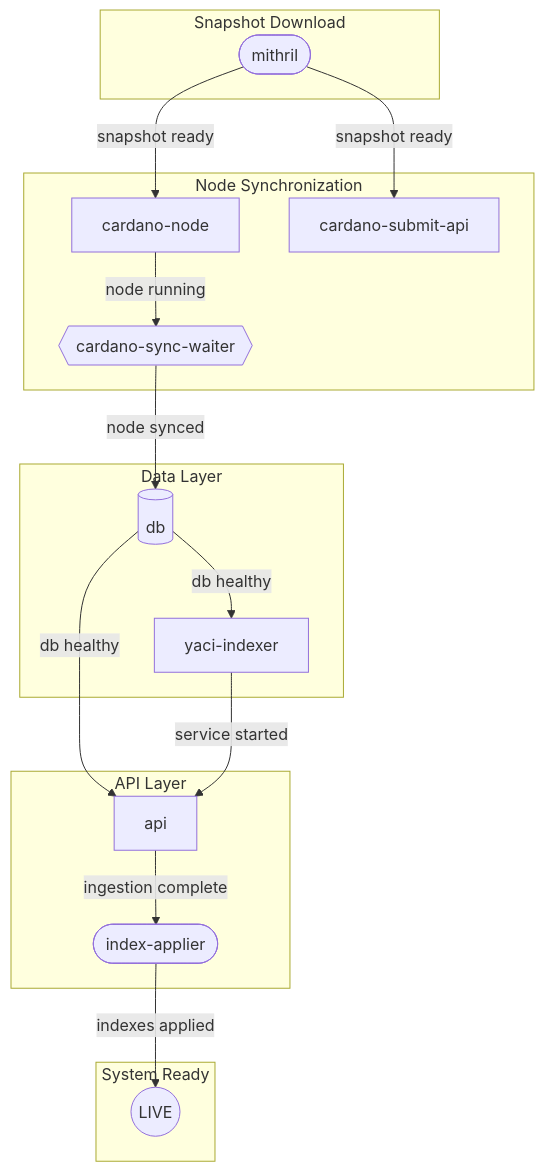
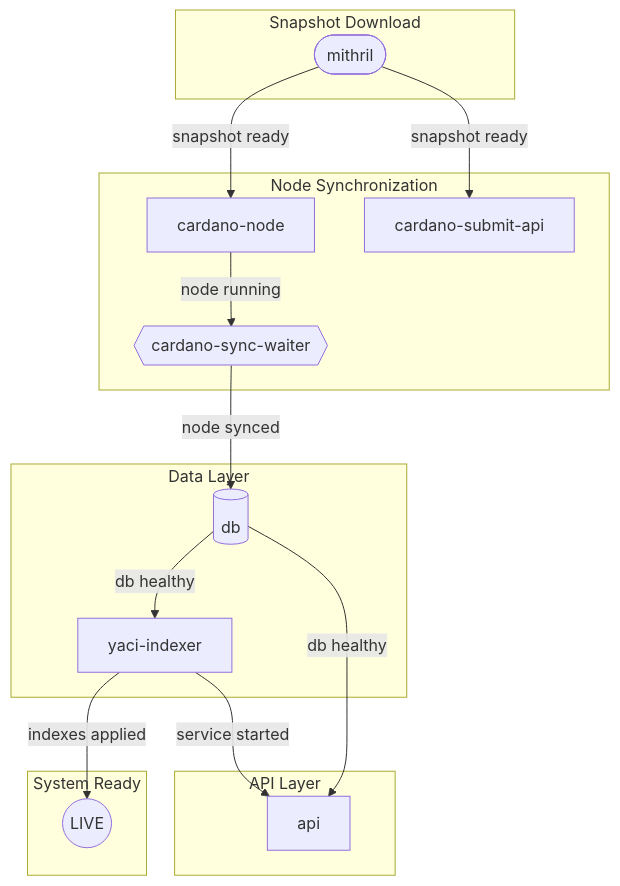
The first of 3 diagrams in docs/docs/install-and-deploy/boot-sequence.md (cardano-foundation/cardano-rosetta-java), drawn with Mermaid before and after one commit. The commit also changed other lines of this file and 13 other files, not shown here.

First line of the commit message:
chore: remove index-applier sidecar now that yaci-indexer handles indexes natively

````diff
--- a/docs/docs/install-and-deploy/boot-sequence.md
+++ b/docs/docs/install-and-deploy/boot-sequence.md
@@ -56,35 +55,33 @@
 ```mermaid
 flowchart TD
     subgraph s1[Snapshot Download]
         M(["mithril"])
     end
 
     subgraph s2[Node Synchronization]
         N["cardano-node"]
         SA["cardano-submit-api"]
         SW{{"cardano-sync-waiter"}}
     end
 
     subgraph s3[Data Layer]
         DB[("db")]
         Y["yaci-indexer"]
     end
 
     subgraph s4[API Layer]
         R["api"]
-        IA(["index-applier"])
     end
 
     subgraph s5[System Ready]
         LIVE(("LIVE"))
     end
 
     M -->|"snapshot ready"| N & SA
     N -->|"node running"| SW
     SW -->|"node synced"| DB
     DB -->|"db healthy"| Y
     DB -->|"db healthy"| R
     Y -->|"service started"| R
-    R -->|"ingestion complete"| IA
-    IA -->|"indexes applied"| LIVE
+    Y -->|"indexes applied"| LIVE
 ```
````
